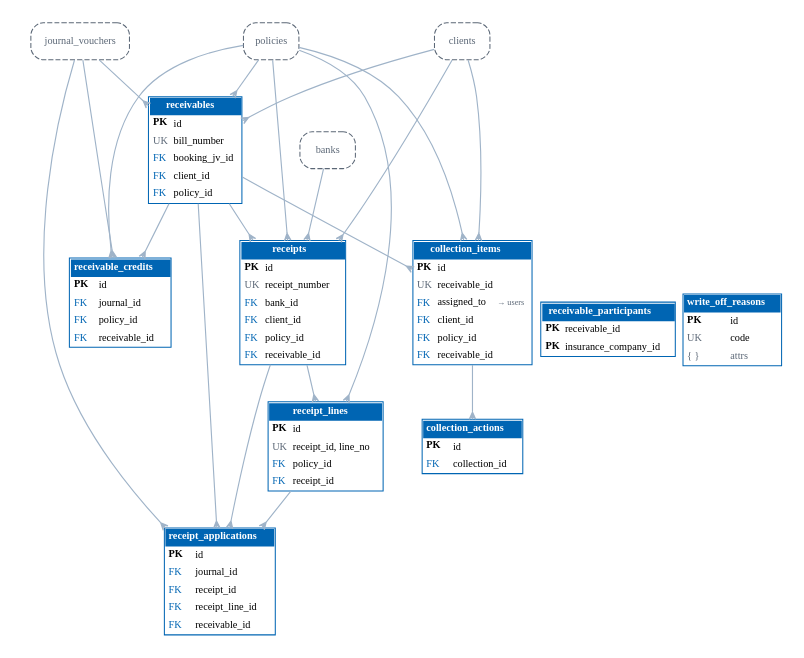
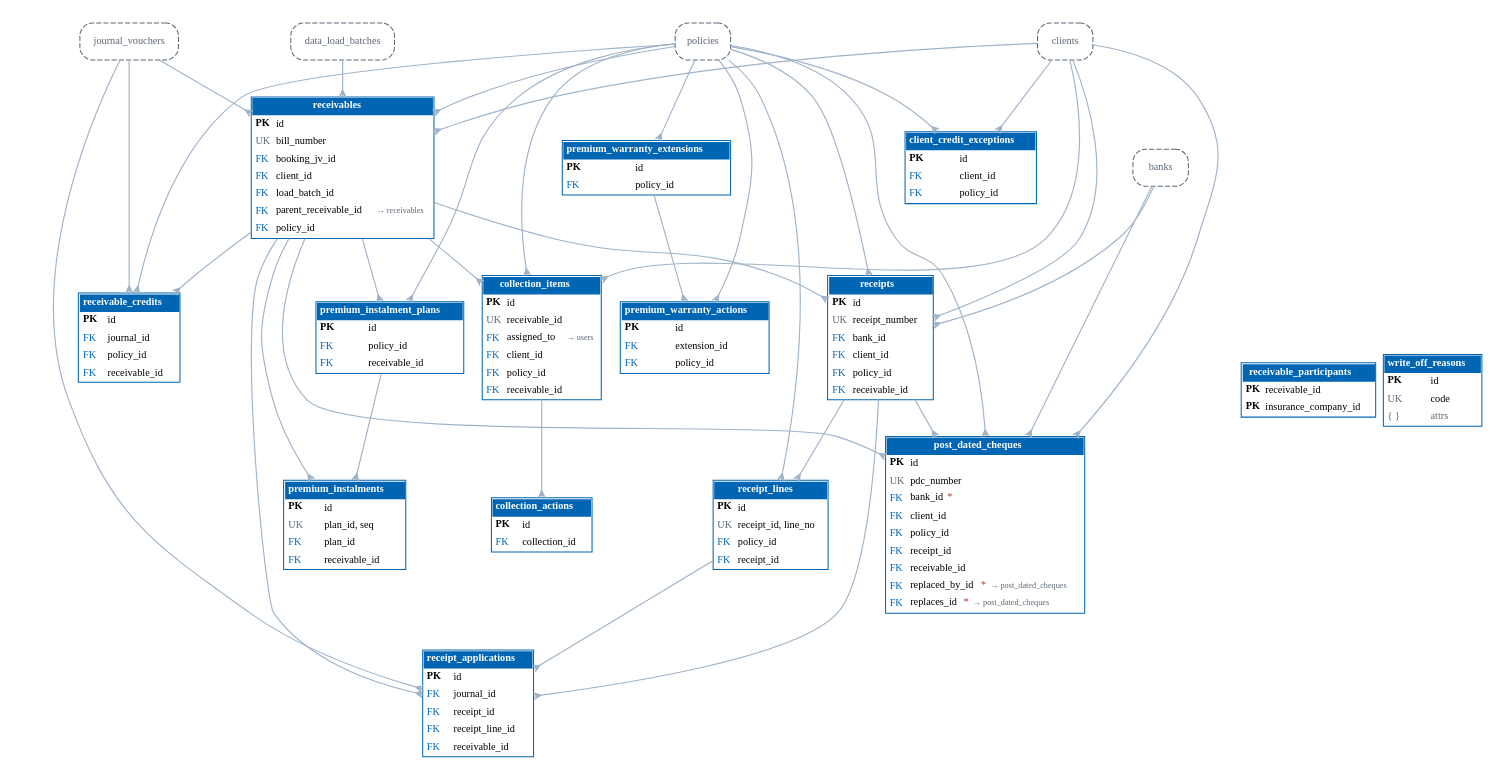
The diagram in docs/architecture/diagrams/er_billing.dot (IortaTexhNXT-DEV/BDOI-OOTB), drawn with Graphviz before and after one commit. The commit also changed 124 other files, not shown here.

Commit message:
Developer documentation refresh: technical reference with module catalogue and code review guide, architecture and security, data dictionary at migration 0322, API catalogue, architecture set 1.2, developer guide, release notes 1.1

```diff
--- a/docs/architecture/diagrams/er_billing.dot
+++ b/docs/architecture/diagrams/er_billing.dot
@@ -1,39 +1,61 @@
 // Generated by tools/render_diagrams.py from tools/data/db_snapshot.json: Billing, receipts and collections. Do not edit by hand.
 digraph ER {
   graph [rankdir=TB, splines=true, nodesep=0.25, ranksep=0.5, fontname="Nunito", bgcolor="white", pad=0.2, pack=true, packmode="array_u3"];
   node [shape=plain, fontname="Nunito", fontsize=10];
   edge [color="#9FB3C8", arrowhead=crow, arrowtail=none, dir=both, arrowsize=0.7, penwidth=1.1];
-  "receivables" [label=<<table border="1" cellborder="0" cellspacing="0" cellpadding="3" color="#0065B3"><tr><td colspan="2" bgcolor="#0065B3"><font color="white"><b>receivables</b></font></td></tr><tr><td align="left" balign="left"><b>PK</b></td><td align="left">id</td></tr><tr><td align="left"><font color="#5B6776">UK</font></td><td align="left">bill_number</td></tr><tr><td align="left"><font color="#0065B3">FK</font></td><td align="left">booking_jv_id</td></tr><tr><td align="left"><font color="#0065B3">FK</font></td><td align="left">client_id</td></tr><tr><td align="left"><font color="#0065B3">FK</font></td><td align="left">policy_id</td></tr></table>>];
+  "receivables" [label=<<table border="1" cellborder="0" cellspacing="0" cellpadding="3" color="#0065B3"><tr><td colspan="2" bgcolor="#0065B3"><font color="white"><b>receivables</b></font></td></tr><tr><td align="left" balign="left"><b>PK</b></td><td align="left">id</td></tr><tr><td align="left"><font color="#5B6776">UK</font></td><td align="left">bill_number</td></tr><tr><td align="left"><font color="#0065B3">FK</font></td><td align="left">booking_jv_id</td></tr><tr><td align="left"><font color="#0065B3">FK</font></td><td align="left">client_id</td></tr><tr><td align="left"><font color="#0065B3">FK</font></td><td align="left">load_batch_id</td></tr><tr><td align="left"><font color="#0065B3">FK</font></td><td align="left">parent_receivable_id <font color="#5B6776" point-size="8">&#8594; receivables</font></td></tr><tr><td align="left"><font color="#0065B3">FK</font></td><td align="left">policy_id</td></tr></table>>];
   "receipts" [label=<<table border="1" cellborder="0" cellspacing="0" cellpadding="3" color="#0065B3"><tr><td colspan="2" bgcolor="#0065B3"><font color="white"><b>receipts</b></font></td></tr><tr><td align="left" balign="left"><b>PK</b></td><td align="left">id</td></tr><tr><td align="left"><font color="#5B6776">UK</font></td><td align="left">receipt_number</td></tr><tr><td align="left"><font color="#0065B3">FK</font></td><td align="left">bank_id</td></tr><tr><td align="left"><font color="#0065B3">FK</font></td><td align="left">client_id</td></tr><tr><td align="left"><font color="#0065B3">FK</font></td><td align="left">policy_id</td></tr><tr><td align="left"><font color="#0065B3">FK</font></td><td align="left">receivable_id</td></tr></table>>];
   "receipt_lines" [label=<<table border="1" cellborder="0" cellspacing="0" cellpadding="3" color="#0065B3"><tr><td colspan="2" bgcolor="#0065B3"><font color="white"><b>receipt_lines</b></font></td></tr><tr><td align="left" balign="left"><b>PK</b></td><td align="left">id</td></tr><tr><td align="left"><font color="#5B6776">UK</font></td><td align="left">receipt_id, line_no</td></tr><tr><td align="left"><font color="#0065B3">FK</font></td><td align="left">policy_id</td></tr><tr><td align="left"><font color="#0065B3">FK</font></td><td align="left">receipt_id</td></tr></table>>];
   "receipt_applications" [label=<<table border="1" cellborder="0" cellspacing="0" cellpadding="3" color="#0065B3"><tr><td colspan="2" bgcolor="#0065B3"><font color="white"><b>receipt_applications</b></font></td></tr><tr><td align="left" balign="left"><b>PK</b></td><td align="left">id</td></tr><tr><td align="left"><font color="#0065B3">FK</font></td><td align="left">journal_id</td></tr><tr><td align="left"><font color="#0065B3">FK</font></td><td align="left">receipt_id</td></tr><tr><td align="left"><font color="#0065B3">FK</font></td><td align="left">receipt_line_id</td></tr><tr><td align="left"><font color="#0065B3">FK</font></td><td align="left">receivable_id</td></tr></table>>];
   "receivable_credits" [label=<<table border="1" cellborder="0" cellspacing="0" cellpadding="3" color="#0065B3"><tr><td colspan="2" bgcolor="#0065B3"><font color="white"><b>receivable_credits</b></font></td></tr><tr><td align="left" balign="left"><b>PK</b></td><td align="left">id</td></tr><tr><td align="left"><font color="#0065B3">FK</font></td><td align="left">journal_id</td></tr><tr><td align="left"><font color="#0065B3">FK</font></td><td align="left">policy_id</td></tr><tr><td align="left"><font color="#0065B3">FK</font></td><td align="left">receivable_id</td></tr></table>>];
   "receivable_participants" [label=<<table border="1" cellborder="0" cellspacing="0" cellpadding="3" color="#0065B3"><tr><td colspan="2" bgcolor="#0065B3"><font color="white"><b>receivable_participants</b></font></td></tr><tr><td align="left" balign="left"><b>PK</b></td><td align="left">receivable_id</td></tr><tr><td align="left" balign="left"><b>PK</b></td><td align="left">insurance_company_id</td></tr></table>>];
   "collection_items" [label=<<table border="1" cellborder="0" cellspacing="0" cellpadding="3" color="#0065B3"><tr><td colspan="2" bgcolor="#0065B3"><font color="white"><b>collection_items</b></font></td></tr><tr><td align="left" balign="left"><b>PK</b></td><td align="left">id</td></tr><tr><td align="left"><font color="#5B6776">UK</font></td><td align="left">receivable_id</td></tr><tr><td align="left"><font color="#0065B3">FK</font></td><td align="left">assigned_to <font color="#5B6776" point-size="8">&#8594; users</font></td></tr><tr><td align="left"><font color="#0065B3">FK</font></td><td align="left">client_id</td></tr><tr><td align="left"><font color="#0065B3">FK</font></td><td align="left">policy_id</td></tr><tr><td align="left"><font color="#0065B3">FK</font></td><td align="left">receivable_id</td></tr></table>>];
   "collection_actions" [label=<<table border="1" cellborder="0" cellspacing="0" cellpadding="3" color="#0065B3"><tr><td colspan="2" bgcolor="#0065B3"><font color="white"><b>collection_actions</b></font></td></tr><tr><td align="left" balign="left"><b>PK</b></td><td align="left">id</td></tr><tr><td align="left"><font color="#0065B3">FK</font></td><td align="left">collection_id</td></tr></table>>];
   "write_off_reasons" [label=<<table border="1" cellborder="0" cellspacing="0" cellpadding="3" color="#0065B3"><tr><td colspan="2" bgcolor="#0065B3"><font color="white"><b>write_off_reasons</b></font></td></tr><tr><td align="left" balign="left"><b>PK</b></td><td align="left">id</td></tr><tr><td align="left"><font color="#5B6776">UK</font></td><td align="left">code</td></tr><tr><td align="left"><font color="#5B6776">{ }</font></td><td align="left"><font color="#5B6776">attrs</font></td></tr></table>>];
+  "premium_instalment_plans" [label=<<table border="1" cellborder="0" cellspacing="0" cellpadding="3" color="#0065B3"><tr><td colspan="2" bgcolor="#0065B3"><font color="white"><b>premium_instalment_plans</b></font></td></tr><tr><td align="left" balign="left"><b>PK</b></td><td align="left">id</td></tr><tr><td align="left"><font color="#0065B3">FK</font></td><td align="left">policy_id</td></tr><tr><td align="left"><font color="#0065B3">FK</font></td><td align="left">receivable_id</td></tr></table>>];
+  "premium_instalments" [label=<<table border="1" cellborder="0" cellspacing="0" cellpadding="3" color="#0065B3"><tr><td colspan="2" bgcolor="#0065B3"><font color="white"><b>premium_instalments</b></font></td></tr><tr><td align="left" balign="left"><b>PK</b></td><td align="left">id</td></tr><tr><td align="left"><font color="#5B6776">UK</font></td><td align="left">plan_id, seq</td></tr><tr><td align="left"><font color="#0065B3">FK</font></td><td align="left">plan_id</td></tr><tr><td align="left"><font color="#0065B3">FK</font></td><td align="left">receivable_id</td></tr></table>>];
+  "premium_warranty_extensions" [label=<<table border="1" cellborder="0" cellspacing="0" cellpadding="3" color="#0065B3"><tr><td colspan="2" bgcolor="#0065B3"><font color="white"><b>premium_warranty_extensions</b></font></td></tr><tr><td align="left" balign="left"><b>PK</b></td><td align="left">id</td></tr><tr><td align="left"><font color="#0065B3">FK</font></td><td align="left">policy_id</td></tr></table>>];
+  "premium_warranty_actions" [label=<<table border="1" cellborder="0" cellspacing="0" cellpadding="3" color="#0065B3"><tr><td colspan="2" bgcolor="#0065B3"><font color="white"><b>premium_warranty_actions</b></font></td></tr><tr><td align="left" balign="left"><b>PK</b></td><td align="left">id</td></tr><tr><td align="left"><font color="#0065B3">FK</font></td><td align="left">extension_id</td></tr><tr><td align="left"><font color="#0065B3">FK</font></td><td align="left">policy_id</td></tr></table>>];
+  "client_credit_exceptions" [label=<<table border="1" cellborder="0" cellspacing="0" cellpadding="3" color="#0065B3"><tr><td colspan="2" bgcolor="#0065B3"><font color="white"><b>client_credit_exceptions</b></font></td></tr><tr><td align="left" balign="left"><b>PK</b></td><td align="left">id</td></tr><tr><td align="left"><font color="#0065B3">FK</font></td><td align="left">client_id</td></tr><tr><td align="left"><font color="#0065B3">FK</font></td><td align="left">policy_id</td></tr></table>>];
+  "post_dated_cheques" [label=<<table border="1" cellborder="0" cellspacing="0" cellpadding="3" color="#0065B3"><tr><td colspan="2" bgcolor="#0065B3"><font color="white"><b>post_dated_cheques</b></font></td></tr><tr><td align="left" balign="left"><b>PK</b></td><td align="left">id</td></tr><tr><td align="left"><font color="#5B6776">UK</font></td><td align="left">pdc_number</td></tr><tr><td align="left"><font color="#0065B3">FK</font></td><td align="left">bank_id<font color="#C0392B">*</font></td></tr><tr><td align="left"><font color="#0065B3">FK</font></td><td align="left">client_id</td></tr><tr><td align="left"><font color="#0065B3">FK</font></td><td align="left">policy_id</td></tr><tr><td align="left"><font color="#0065B3">FK</font></td><td align="left">receipt_id</td></tr><tr><td align="left"><font color="#0065B3">FK</font></td><td align="left">receivable_id</td></tr><tr><td align="left"><font color="#0065B3">FK</font></td><td align="left">replaced_by_id<font color="#C0392B">*</font> <font color="#5B6776" point-size="8">&#8594; post_dated_cheques</font></td></tr><tr><td align="left"><font color="#0065B3">FK</font></td><td align="left">replaces_id<font color="#C0392B">*</font> <font color="#5B6776" point-size="8">&#8594; post_dated_cheques</font></td></tr></table>>];
   "banks" [shape=box, style="rounded,dashed", color="#5B6776", fontcolor="#5B6776", label="banks"];
   "clients" [shape=box, style="rounded,dashed", color="#5B6776", fontcolor="#5B6776", label="clients"];
+  "data_load_batches" [shape=box, style="rounded,dashed", color="#5B6776", fontcolor="#5B6776", label="data_load_batches"];
   "journal_vouchers" [shape=box, style="rounded,dashed", color="#5B6776", fontcolor="#5B6776", label="journal_vouchers"];
   "policies" [shape=box, style="rounded,dashed", color="#5B6776", fontcolor="#5B6776", label="policies"];
+  "banks" -> "post_dated_cheques";
   "banks" -> "receipts";
+  "clients" -> "client_credit_exceptions";
   "clients" -> "collection_items";
+  "clients" -> "post_dated_cheques";
   "clients" -> "receipts";
   "clients" -> "receivables";
   "collection_items" -> "collection_actions";
+  "data_load_batches" -> "receivables";
   "journal_vouchers" -> "receipt_applications";
   "journal_vouchers" -> "receivable_credits";
   "journal_vouchers" -> "receivables";
+  "policies" -> "client_credit_exceptions";
   "policies" -> "collection_items";
+  "policies" -> "post_dated_cheques";
+  "policies" -> "premium_instalment_plans";
+  "policies" -> "premium_warranty_actions";
+  "policies" -> "premium_warranty_extensions";
   "policies" -> "receipt_lines";
   "policies" -> "receipts";
   "policies" -> "receivable_credits";
   "policies" -> "receivables";
+  "premium_instalment_plans" -> "premium_instalments";
+  "premium_warranty_extensions" -> "premium_warranty_actions";
   "receipt_lines" -> "receipt_applications";
+  "receipts" -> "post_dated_cheques";
   "receipts" -> "receipt_applications";
   "receipts" -> "receipt_lines";
   "receivables" -> "collection_items";
+  "receivables" -> "post_dated_cheques";
+  "receivables" -> "premium_instalment_plans";
+  "receivables" -> "premium_instalments";
   "receivables" -> "receipt_applications";
   "receivables" -> "receipts";
   "receivables" -> "receivable_credits";
 }
```
